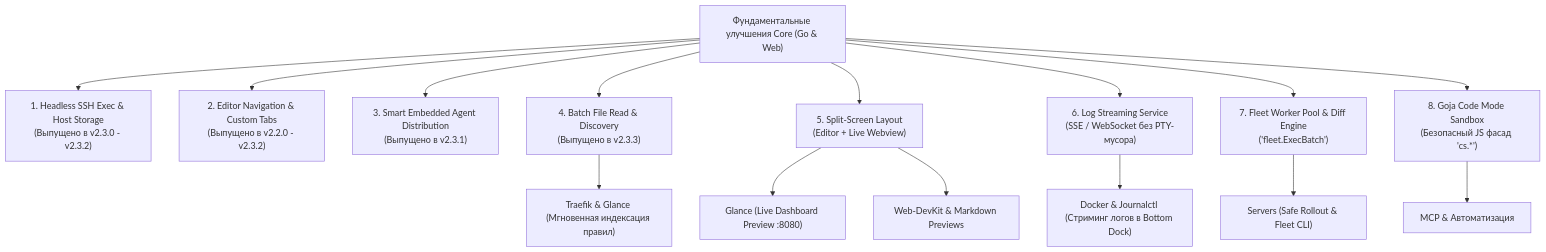
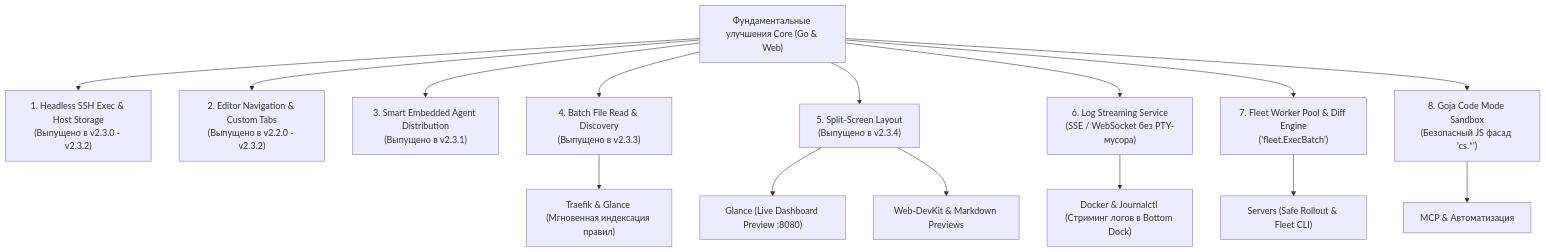
One commit to config-studio/config-studio changed the diagram in ROADMAP.md. Above: the diagram before and after it, drawn with Mermaid. The commit also changed other lines of this file and 14 other files, not shown here.

Commit message:
feat(ui): implement universal split-screen workspace layout with draggable resizer and multi-panel dropdown (v2.3.4)

````diff
--- a/ROADMAP.md
+++ b/ROADMAP.md
@@ -34,29 +34,29 @@
 ```mermaid
 graph TD
     Core["Фундаментальные улучшения Core (Go & Web)"]
     
     C1["1. Headless SSH Exec & Host Storage<br/>(Выпущено в v2.3.0 - v2.3.2)"]
     C2["2. Editor Navigation & Custom Tabs<br/>(Выпущено в v2.2.0 - v2.3.2)"]
     C3["3. Smart Embedded Agent Distribution<br/>(Выпущено в v2.3.1)"]
     C4["4. Batch File Read & Discovery<br/>(Выпущено в v2.3.3)"]
-    C5["5. Split-Screen Layout<br/>(Editor + Live Webview)"]
+    C5["5. Split-Screen Layout<br/>(Выпущено в v2.3.4)"]
     C6["6. Log Streaming Service<br/>(SSE / WebSocket без PTY-мусора)"]
     C7["7. Fleet Worker Pool & Diff Engine<br/>('fleet.ExecBatch')"]
     C8["8. Goja Code Mode Sandbox<br/>(Безопасный JS фасад 'cs.*')"]
     
     Core --> C1
     Core --> C2
     Core --> C3
     Core --> C4
     Core --> C5
     Core --> C6
     Core --> C7
     Core --> C8
     
     C4 --> P1["Traefik & Glance (Мгновенная индексация правил)"]
     C5 --> P2["Glance (Live Dashboard Preview :8080)"]
     C5 --> P3["Web-DevKit & Markdown Previews"]
     C6 --> P4["Docker & Journalctl (Стриминг логов в Bottom Dock)"]
     C7 --> P5["Servers (Safe Rollout & Fleet CLI)"]
     C8 --> P6["MCP & Автоматизация"]
 ```
````
